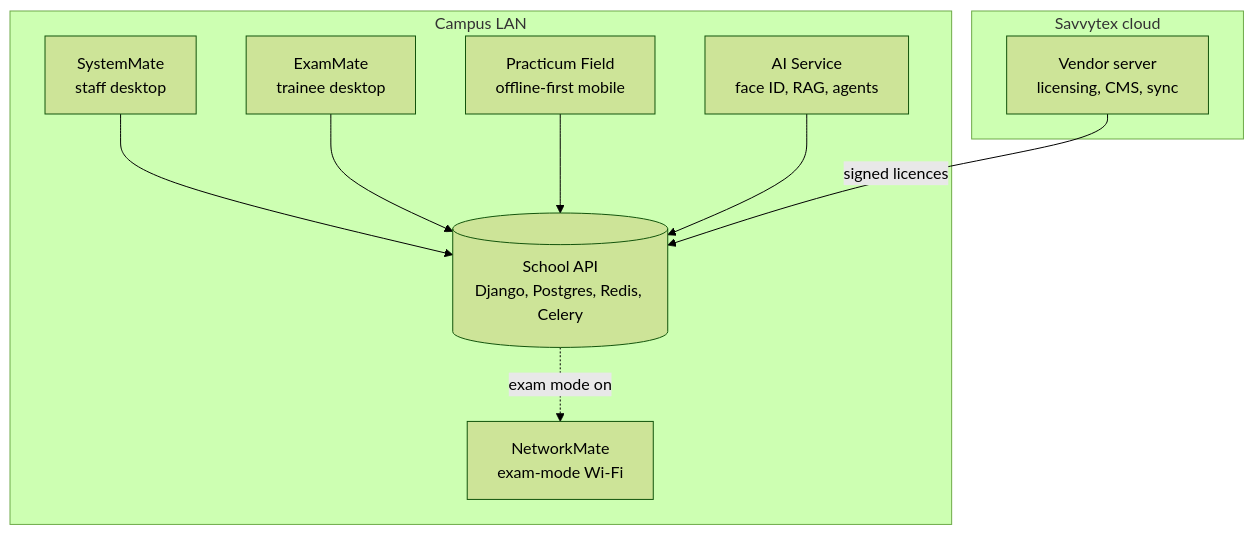
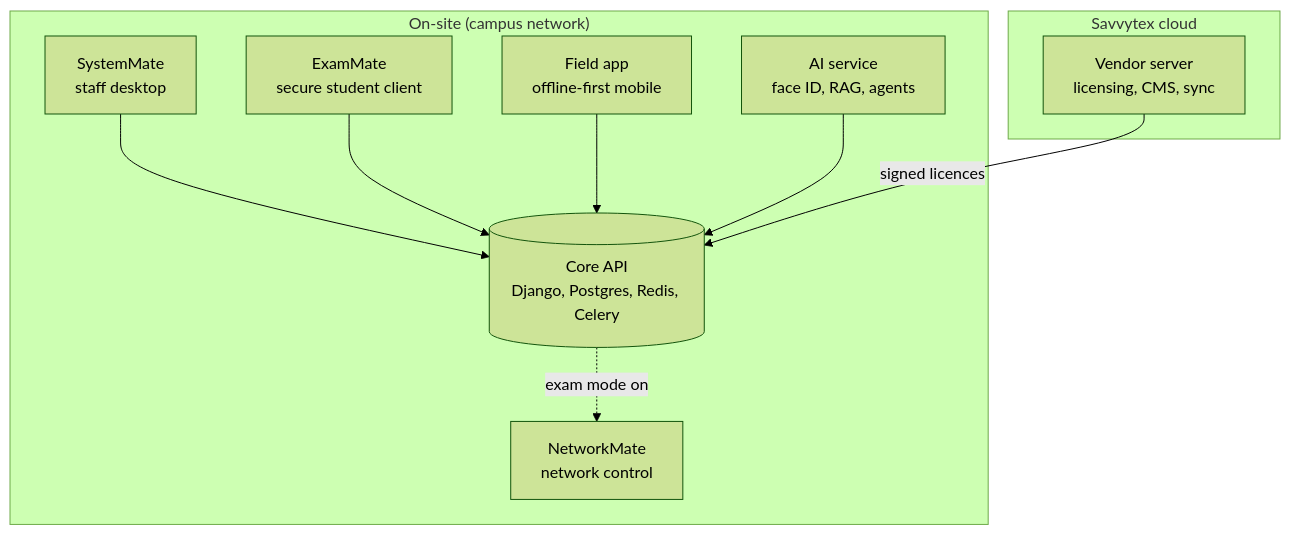
One commit to flowser/flowser changed the diagram in README.md. Above: the diagram before and after it, drawn with Mermaid (forest theme). The commit also changed other lines of this file and 4 other files, not shown here.

````diff
--- a/README.md
+++ b/README.md
@@ -46,20 +76,20 @@
 ```mermaid
 flowchart TB
-  subgraph campus["Campus LAN"]
+  subgraph campus["On-site (campus network)"]
     SM["SystemMate<br/>staff desktop"]
-    EM["ExamMate<br/>trainee desktop"]
-    PF["Practicum Field<br/>offline-first mobile"]
-    AI["AI Service<br/>face ID, RAG, agents"]
-    API[("School API<br/>Django, Postgres, Redis, Celery")]
-    NM["NetworkMate<br/>exam-mode Wi-Fi"]
+    EM["ExamMate<br/>secure student client"]
+    PF["Field app<br/>offline-first mobile"]
+    AI["AI service<br/>face ID, RAG, agents"]
+    API[("Core API<br/>Django, Postgres, Redis, Celery")]
+    NM["NetworkMate<br/>network control"]
   end
   subgraph cloud["Savvytex cloud"]
     STX["Vendor server<br/>licensing, CMS, sync"]
   end
   SM --> API
   EM --> API
   PF --> API
   AI --> API
   API -.->|exam mode on| NM
   STX -->|signed licences| API
 ```
````
